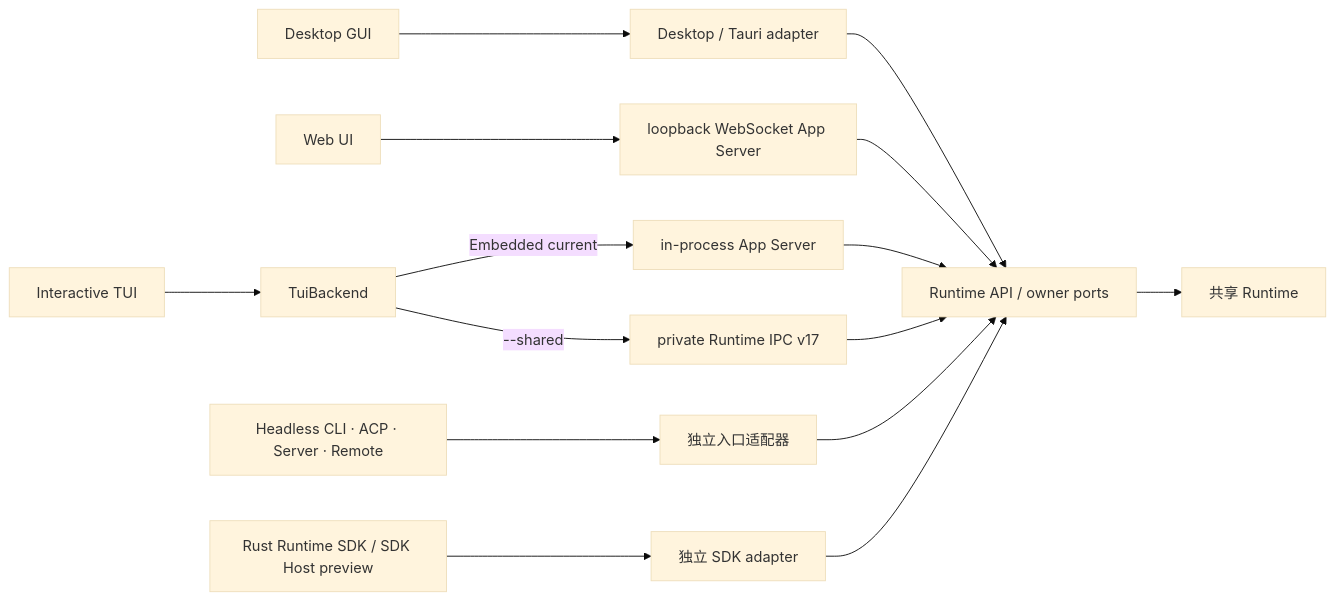
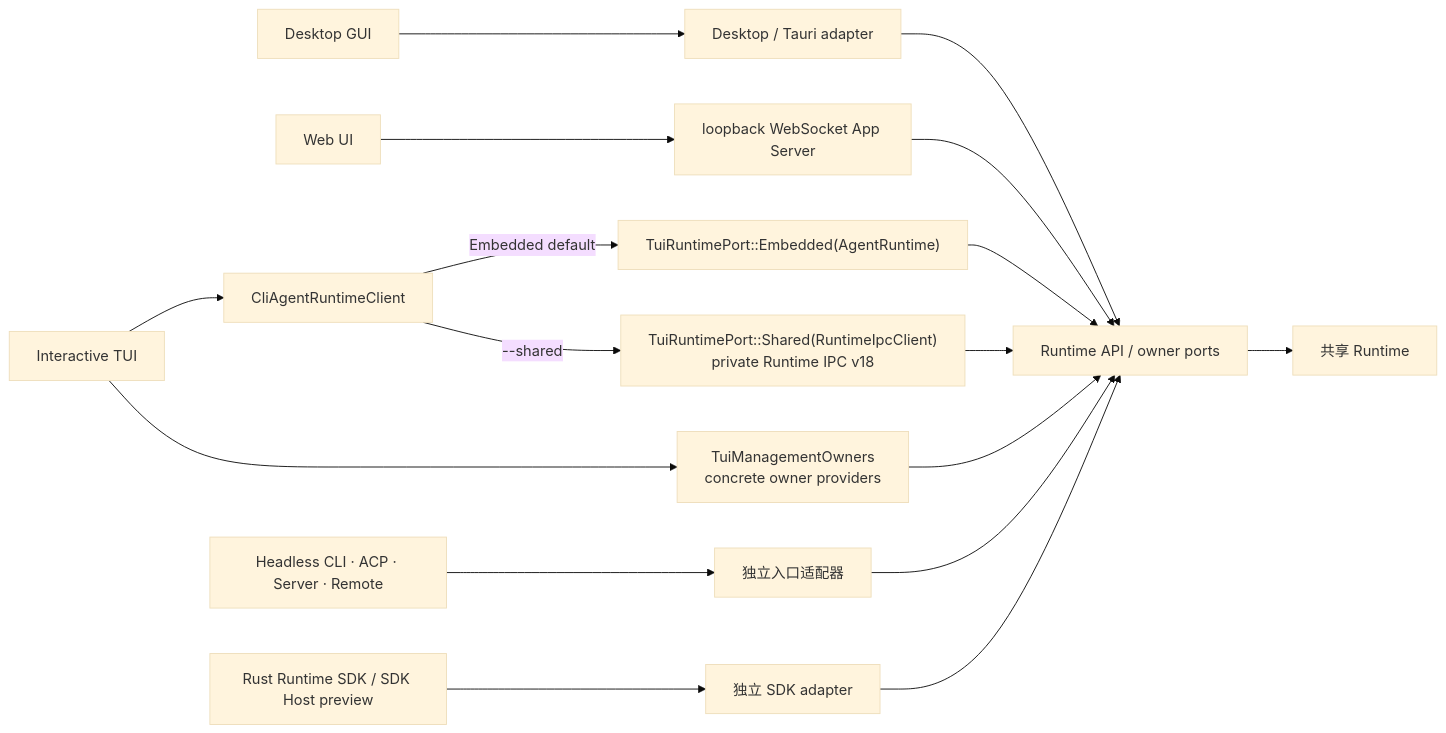
One commit to GCWing/BitFun changed the sixth of 16 diagrams in docs/architecture/product-architecture.md. Above: the diagram before and after it, drawn with Mermaid (base theme). The commit also changed other lines of this file and 181 other files, not shown here.

First line of the commit message:
refactor(cli): use direct runtime for embedded TUI

````diff
--- a/docs/architecture/product-architecture.md
+++ b/docs/architecture/product-architecture.md
@@ -556,17 +557,19 @@
 ```mermaid
 flowchart LR
   Desktop["Desktop GUI"] --> Tauri["Desktop / Tauri adapter"]
   Web["Web UI"] --> WebHost["loopback WebSocket App Server"]
-  TUI["Interactive TUI"] --> Backend["TuiBackend"]
-  Backend -->|"Embedded current"| EmbeddedAS["in-process App Server"]
-  Backend -->|"--shared"| SharedIPC["private Runtime IPC v17"]
+  TUI["Interactive TUI"] --> Client["CliAgentRuntimeClient"]
+  Client -->|"Embedded default"| Embedded["TuiRuntimePort::Embedded(AgentRuntime)"]
+  Client -->|"--shared"| SharedIPC["TuiRuntimePort::Shared(RuntimeIpcClient)<br/>private Runtime IPC v18"]
+  TUI --> Management["TuiManagementOwners<br/>concrete owner providers"]
   Other["Headless CLI · ACP · Server · Remote"] --> Adapter["独立入口适配器"]
   SDK["Rust Runtime SDK / SDK Host preview"] --> SDKAdapter["独立 SDK adapter"]
   Tauri --> API["Runtime API / owner ports"]
   WebHost --> API
-  EmbeddedAS --> API
+  Embedded --> API
   SharedIPC --> API
+  Management --> API
   Adapter --> API
   SDKAdapter --> API
   API --> Runtime["共享 Runtime"]
 ```
````
